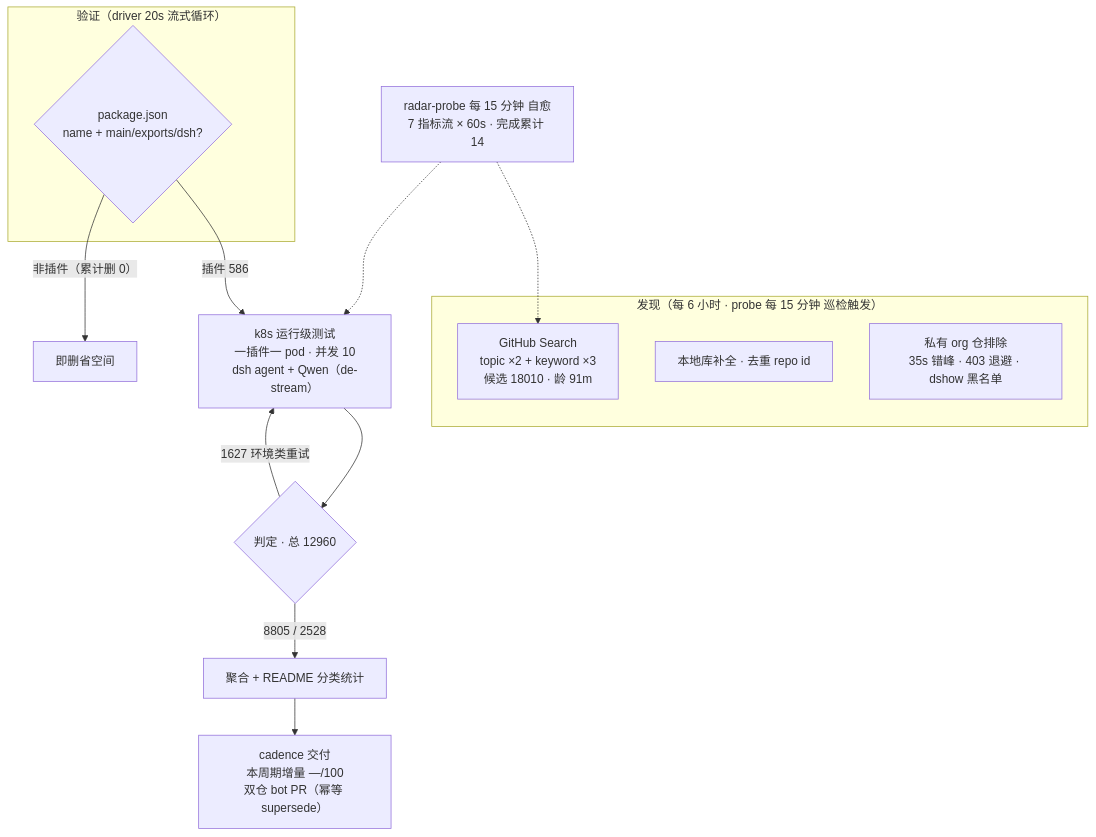
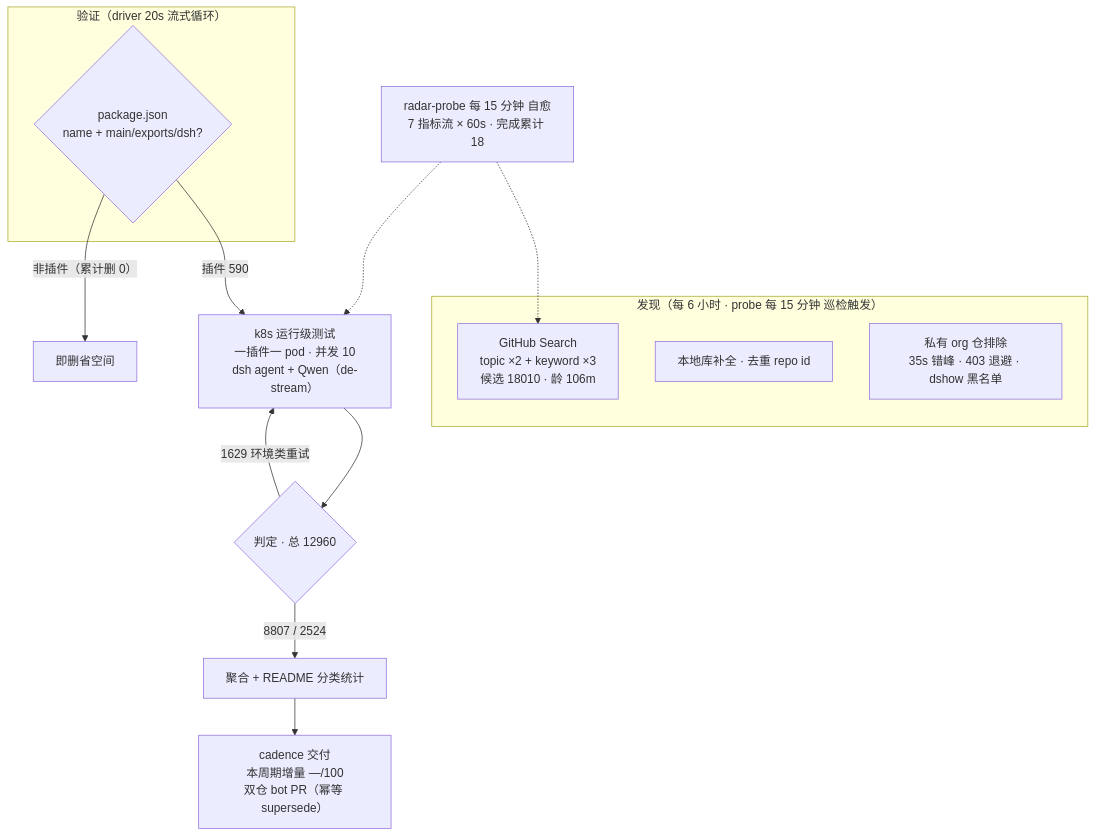
One commit to AdamPlatin123/awesome-dsh-plugins changed the diagram in README.md. Above: the diagram before and after it, drawn with Mermaid. The commit also changed other lines of this file and 5 other files, not shown here.

````diff
--- a/README.md
+++ b/README.md
@@ -52,20 +52,20 @@
 ```mermaid
 flowchart TB
     subgraph Discovery["发现（每 6 小时 · probe 每 15 分钟 巡检触发）"]
-        A1["GitHub Search<br/>topic ×2 + keyword ×3<br/>候选 18010 · 龄 91m"]
+        A1["GitHub Search<br/>topic ×2 + keyword ×3<br/>候选 18010 · 龄 106m"]
         A2["本地库补全 · 去重 repo id"]
         A3["私有 org 仓排除<br/>35s 错峰 · 403 退避 · dshow 黑名单"]
     end
     subgraph Validation["验证（driver 20s 流式循环）"]
         B1{"package.json<br/>name + main/exports/dsh?"}
     end
-    B1 -->|"插件 586"| C1["k8s 运行级测试<br/>一插件一 pod · 并发 10<br/>dsh agent + Qwen（de-stream）"]
+    B1 -->|"插件 590"| C1["k8s 运行级测试<br/>一插件一 pod · 并发 10<br/>dsh agent + Qwen（de-stream）"]
     B1 -->|"非插件（累计删 0）"| B3["即删省空间"]
     C1 --> D1{"判定 · 总 12960"}
-    D1 -->|"8805 / 2528"| E1["聚合 + README 分类统计"]
-    D1 -->|"1627 环境类重试"| C1
+    D1 -->|"8807 / 2524"| E1["聚合 + README 分类统计"]
+    D1 -->|"1629 环境类重试"| C1
     E1 --> E2["cadence 交付<br/>本周期增量 —/100<br/>双仓 bot PR（幂等 supersede）"]
-    M["radar-probe 每 15 分钟 自愈<br/>7 指标流 × 60s · 完成累计 14"]
+    M["radar-probe 每 15 分钟 自愈<br/>7 指标流 × 60s · 完成累计 18"]
     M -.-> A1
     M -.-> C1
 ```
````
